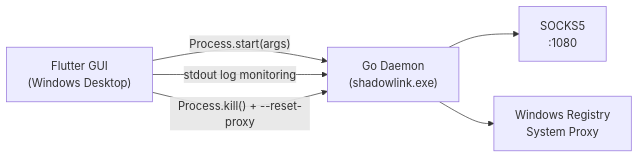
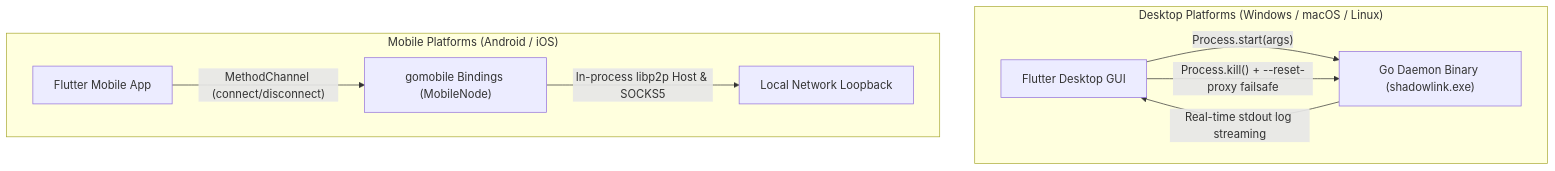
Before and after one commit to TUSHAR91316/ShadowLink: the fourth of 4 diagrams in ARCHITECTURE.md, drawn with Mermaid. The commit also changed other lines of this file and 13 other files, not shown here.

````diff
--- a/ARCHITECTURE.md
+++ b/ARCHITECTURE.md
@@ -143,13 +159,13 @@
 ```mermaid
-graph LR
-    Flutter["Flutter GUI\n(Windows Desktop)"]
-    Daemon["Go Daemon\n(shadowlink.exe)"]
-    SOCKS["SOCKS5\n:1080"]
-    Proxy["Windows Registry\nSystem Proxy"]
+graph TD
+    subgraph "Desktop Platforms (Windows / macOS / Linux)"
+        FlutterDesktop["Flutter Desktop GUI"] -->|"Process.start(args)"| DaemonProcess["Go Daemon Binary (shadowlink.exe)"]
+        DaemonProcess -->|"Real-time stdout log streaming"| FlutterDesktop
+        FlutterDesktop -->|"Process.kill() + --reset-proxy failsafe"| DaemonProcess
+    end
 
-    Flutter -->|"Process.start(args)"| Daemon
-    Flutter -->|"stdout log monitoring"| Daemon
-    Flutter -->|"Process.kill() + --reset-proxy"| Daemon
-    Daemon --> SOCKS
-    Daemon --> Proxy
+    subgraph "Mobile Platforms (Android / iOS)"
+        FlutterMobile["Flutter Mobile App"] -->|"MethodChannel (connect/disconnect)"| MobileBindings["gomobile Bindings (MobileNode)"]
+        MobileBindings -->|"In-process libp2p Host & SOCKS5"| NetworkInterface["Local Network Loopback"]
+    end
 ```
````
